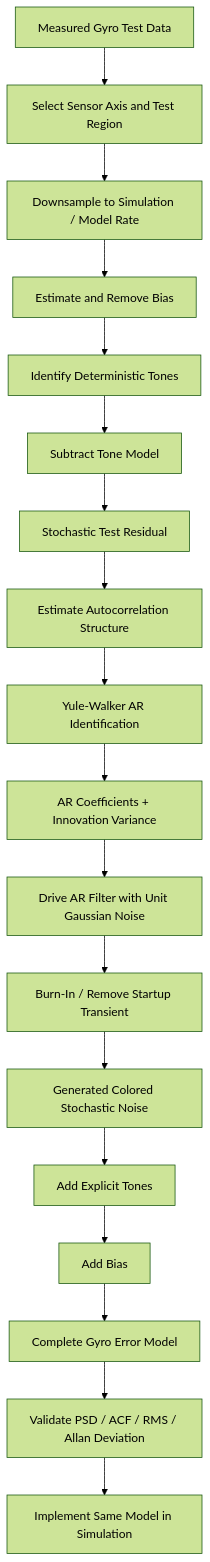
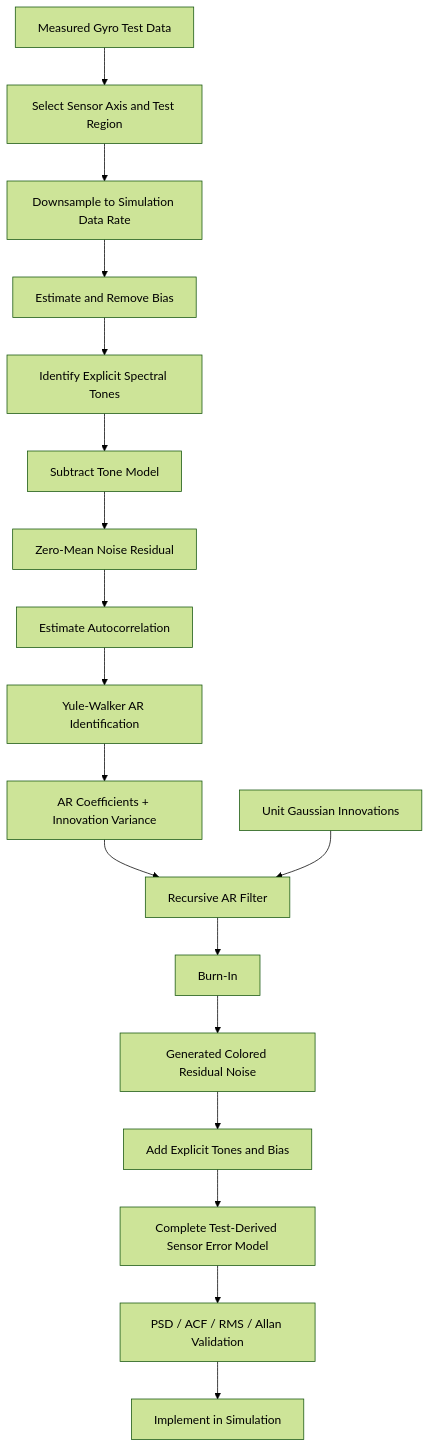
Before and after one commit to Manu123456789/SensorModel: the diagram in README.md, drawn with Mermaid (forest theme). The commit also changed other lines of this file, not shown here.

````diff
--- a/README.md
+++ b/README.md
@@ -96,20 +39,39 @@
 ```mermaid
 flowchart TD
-    A[Measured Gyro Test Data] --> B[Select Sensor Axis and Test Region]
-    B --> C[Downsample to Simulation / Model Rate]
-    C --> D[Estimate and Remove Bias]
-    D --> E[Identify Deterministic Tones]
-    E --> F[Subtract Tone Model]
-    F --> G[Stochastic Test Residual]
-    G --> H[Estimate Autocorrelation Structure]
-    H --> I[Yule-Walker AR Identification]
-    I --> J[AR Coefficients + Innovation Variance]
-    J --> K[Drive AR Filter with Unit Gaussian Noise]
-    K --> L[Burn-In / Remove Startup Transient]
-    L --> M[Generated Colored Stochastic Noise]
-    M --> N[Add Explicit Tones]
-    N --> O[Add Bias]
-    O --> P[Complete Gyro Error Model]
-    P --> Q[Validate PSD / ACF / RMS / Allan Deviation]
-    Q --> R[Implement Same Model in Simulation]
+    A[Measured Gyro Test Data]
+    B[Select Sensor Axis and Test Region]
+    C[Downsample to Simulation Data Rate]
+    D[Estimate and Remove Bias]
+    E[Identify Explicit Spectral Tones]
+    F[Subtract Tone Model]
+    G[Zero-Mean Noise Residual]
+    H[Estimate Autocorrelation]
+    I[Yule-Walker AR Identification]
+    J[AR Coefficients + Innovation Variance]
+    K[Unit Gaussian Innovations]
+    L[Recursive AR Filter]
+    M[Burn-In]
+    N[Generated Colored Residual Noise]
+    O[Add Explicit Tones and Bias]
+    P[Complete Test-Derived Sensor Error Model]
+    Q[PSD / ACF / RMS / Allan Validation]
+    R[Implement in Simulation]
+
+    A --> B
+    B --> C
+    C --> D
+    D --> E
+    E --> F
+    F --> G
+    G --> H
+    H --> I
+    I --> J
+    J --> L
+    K --> L
+    L --> M
+    M --> N
+    N --> O
+    O --> P
+    P --> Q
+    Q --> R
 ```
````
